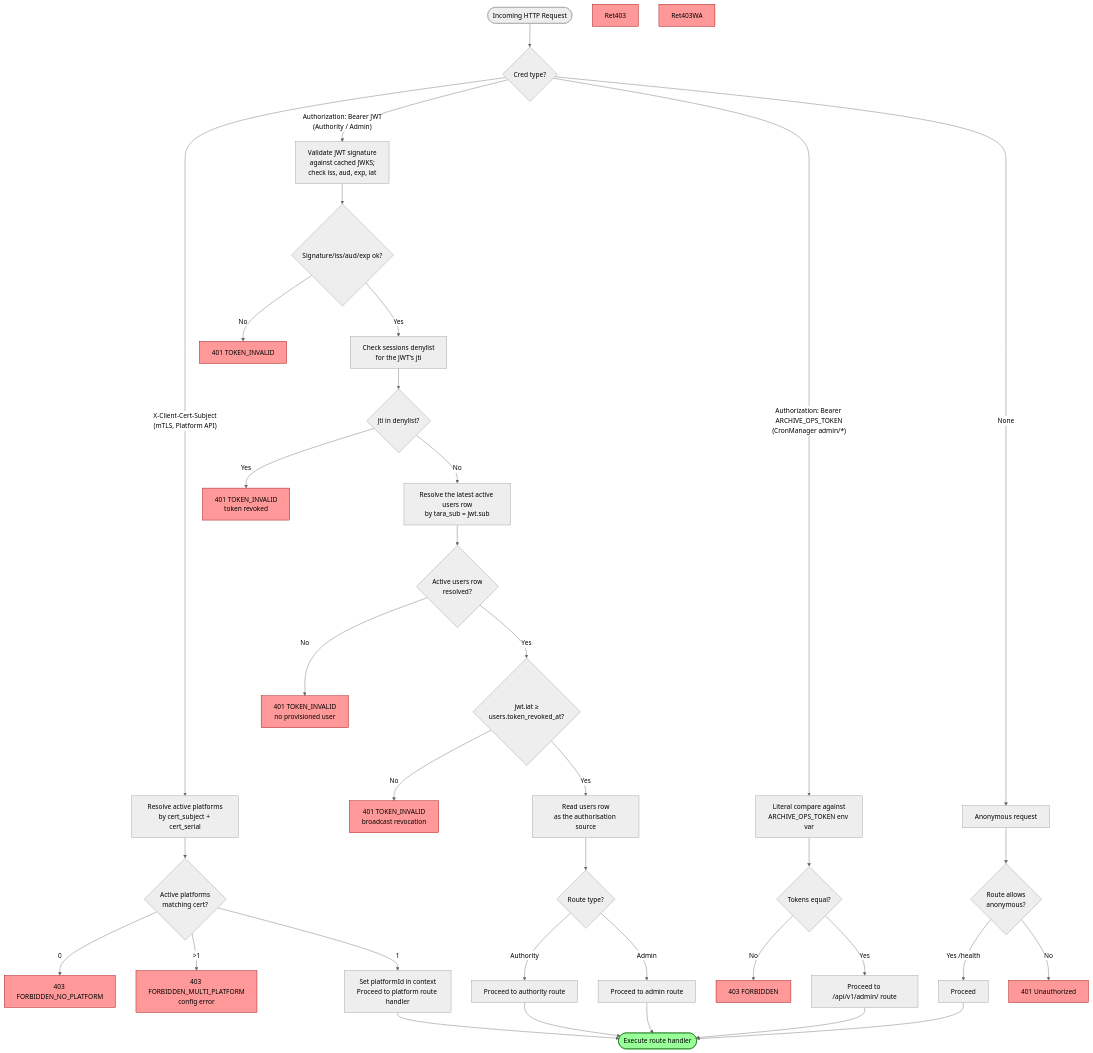
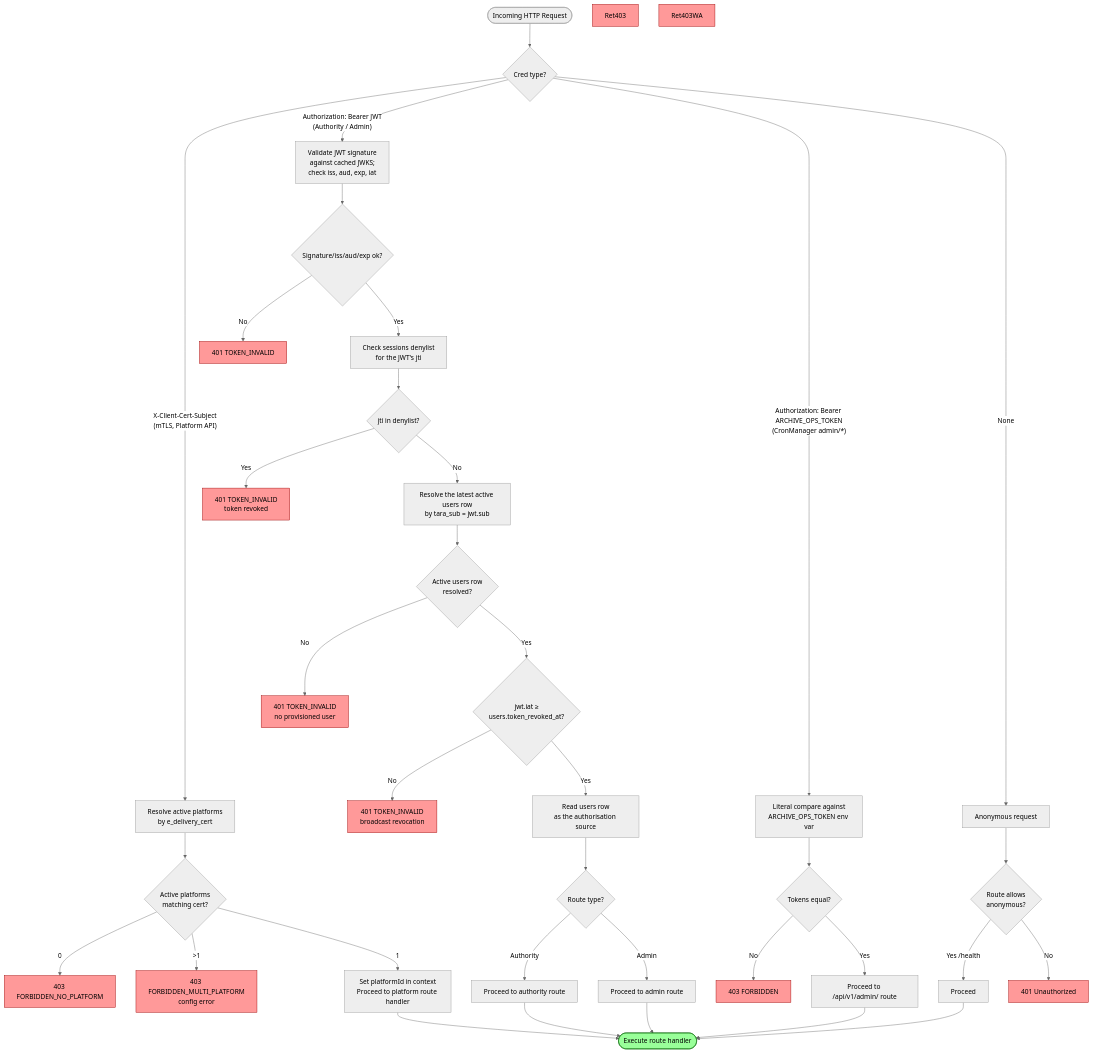
One commit to kemit-ee/efti-gate-ee changed the diagram in docs/specs/diagrams/flow-02-authorization-check.mmd. Above: the diagram before and after it, drawn with Mermaid (neutral theme). The commit also changed 34 other files, not shown here.

First line of the commit message:
remove cert subject and cert serial values from the platform entity

```diff
--- a/docs/specs/diagrams/flow-02-authorization-check.mmd
+++ b/docs/specs/diagrams/flow-02-authorization-check.mmd
@@ -1,56 +1,56 @@
 flowchart TD
     Start([Incoming HTTP Request]) --> ProxyType{Cred type?}
 
-    ProxyType -->|"X-Client-Cert-Subject<br/>(mTLS, Platform API)"| LookupCert[Resolve active platforms<br/>by cert_subject + cert_serial]
+    ProxyType -->|"X-Client-Cert-Subject<br/>(mTLS, Platform API)"| LookupCert[Resolve active platforms<br/>by e_delivery_cert]
     ProxyType -->|"Authorization: Bearer JWT<br/>(Authority / Admin)"| ValidateJwt[Validate JWT signature<br/>against cached JWKS;<br/>check iss, aud, exp, iat]
     ProxyType -->|"Authorization: Bearer ARCHIVE_OPS_TOKEN<br/>(CronManager admin/*)"| OpsCompare[Literal compare against<br/>ARCHIVE_OPS_TOKEN env var]
     ProxyType -->|"None"| Anon[Anonymous request]
 
     LookupCert --> CertCount{Active platforms<br/>matching cert?}
     CertCount -->|0| Ret403NP[403 FORBIDDEN_NO_PLATFORM]
     CertCount -->|>1| Ret403MP[403 FORBIDDEN_MULTI_PLATFORM<br/>config error]
     CertCount -->|1| PlatformAccess[Set platformId in context<br/>Proceed to platform route handler]
 
     ValidateJwt --> JwtValid{Signature/iss/aud/exp ok?}
     JwtValid -->|No| Ret401[401 TOKEN_INVALID]
     JwtValid -->|Yes| Denylist[Check sessions denylist<br/>for the JWT's jti]
 
     Denylist --> Revoked{jti in denylist?}
     Revoked -->|Yes| Ret401Rev[401 TOKEN_INVALID<br/>token revoked]
     Revoked -->|No| LookupUser[Resolve the latest active users row<br/>by tara_sub = jwt.sub]
 
     LookupUser --> UserFound{Active users row<br/>resolved?}
     UserFound -->|No| Ret401NoUser[401 TOKEN_INVALID<br/>no provisioned user]
     UserFound -->|Yes| BroadcastCheck{jwt.iat ≥<br/>users.token_revoked_at?}
     BroadcastCheck -->|No| Ret401Bcast[401 TOKEN_INVALID<br/>broadcast revocation]
     BroadcastCheck -->|Yes| ExtractClaims["Read users row<br/>as the authorisation source"]
 
     ExtractClaims --> RouteType{Route type?}
     RouteType -->|Authority| AuthorityAccess["Proceed to authority route"]
     RouteType -->|Admin| AdminAccess[Proceed to admin route]
 
     OpsCompare --> OpsMatch{Tokens equal?}
     OpsMatch -->|No| Ret403Ops[403 FORBIDDEN]
     OpsMatch -->|Yes| OpsAccess[Proceed to /api/v1/admin/ route]
 
     Anon --> AnonRoute{Route allows<br/>anonymous?}
     AnonRoute -->|Yes /health| AnonProceed[Proceed]
     AnonRoute -->|No| Ret401Unauth[401 Unauthorized]
 
     PlatformAccess --> Exec([Execute route handler])
     AuthorityAccess --> Exec
     AdminAccess --> Exec
     OpsAccess --> Exec
     AnonProceed --> Exec
 
     style Ret401 fill:#f99,stroke:#900
     style Ret401Rev fill:#f99,stroke:#900
     style Ret401NoUser fill:#f99,stroke:#900
     style Ret401Bcast fill:#f99,stroke:#900
     style Ret401Unauth fill:#f99,stroke:#900
     style Ret403 fill:#f99,stroke:#900
     style Ret403WA fill:#f99,stroke:#900
     style Ret403Ops fill:#f99,stroke:#900
     style Ret403NP fill:#f99,stroke:#900
     style Ret403MP fill:#f99,stroke:#900
     style Exec fill:#9f9,stroke:#060
```
